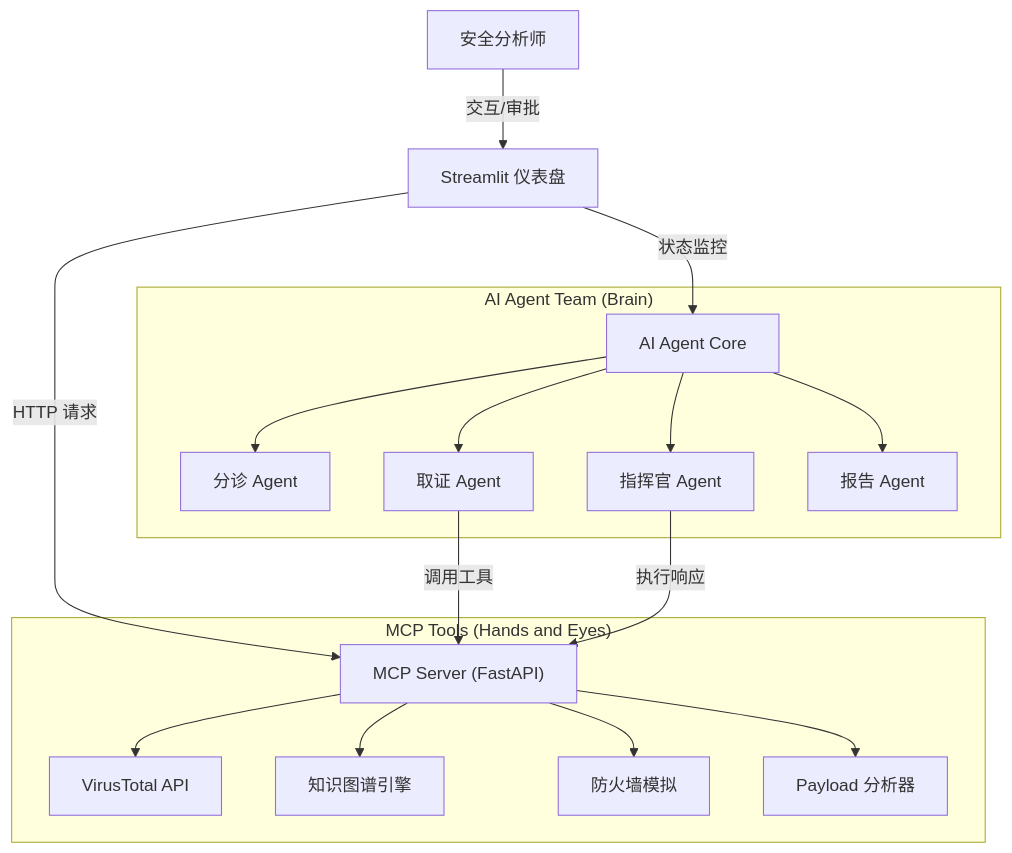
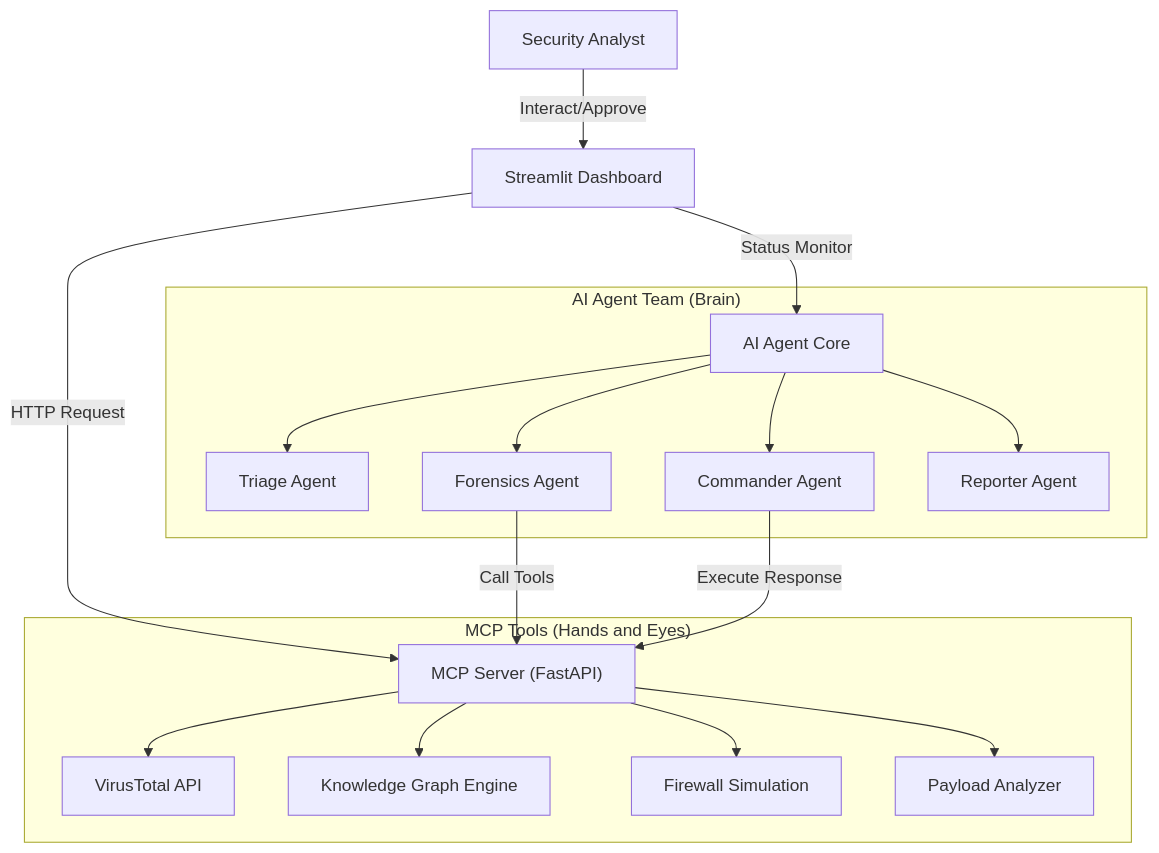
The diagram in README.md (SafelineMan/Agentic-SOC-Simulation), drawn with Mermaid before and after one commit. The commit also changed other lines of this file and 1 other file, not shown here.

````diff
--- a/README.md
+++ b/README.md
@@ -55,23 +57,23 @@
 ```mermaid
 graph TD
-    User[安全分析师] -->|交互/审批| UI["Streamlit 仪表盘"]
-    UI -->|HTTP 请求| MCP["MCP Server (FastAPI)"]
-    UI -->|状态监控| AgentCore["AI Agent Core"]
+    User[Security Analyst] -->|Interact/Approve| UI["Streamlit Dashboard"]
+    UI -->|HTTP Request| MCP["MCP Server (FastAPI)"]
+    UI -->|Status Monitor| AgentCore["AI Agent Core"]
     
     subgraph AgentTeam ["AI Agent Team (Brain)"]
-        AgentCore --> Triage[分诊 Agent]
-        AgentCore --> Forensic[取证 Agent]
-        AgentCore --> Commander[指挥官 Agent]
-        AgentCore --> Reporter[报告 Agent]
+        AgentCore --> Triage[Triage Agent]
+        AgentCore --> Forensic[Forensics Agent]
+        AgentCore --> Commander[Commander Agent]
+        AgentCore --> Reporter[Reporter Agent]
     end
     
     subgraph MCPTools ["MCP Tools (Hands and Eyes)"]
         MCP --> VT["VirusTotal API"]
-        MCP --> Graph[知识图谱引擎]
-        MCP --> Firewall[防火墙模拟]
-        MCP --> Payload["Payload 分析器"]
+        MCP --> Graph[Knowledge Graph Engine]
+        MCP --> Firewall[Firewall Simulation]
+        MCP --> Payload["Payload Analyzer"]
     end
     
-    Forensic -->|调用工具| MCP
-    Commander -->|执行响应| MCP
+    Forensic -->|Call Tools| MCP
+    Commander -->|Execute Response| MCP
 ```
````
